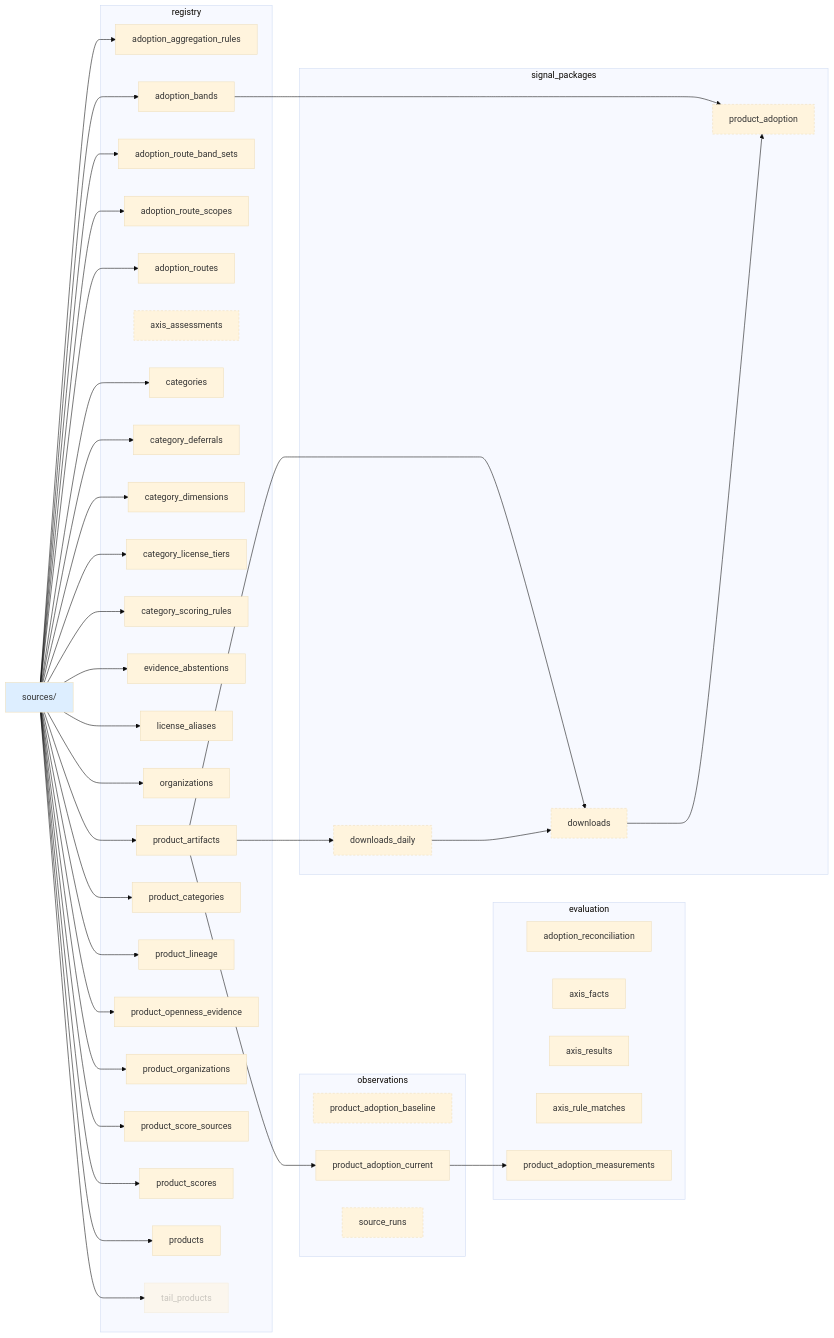
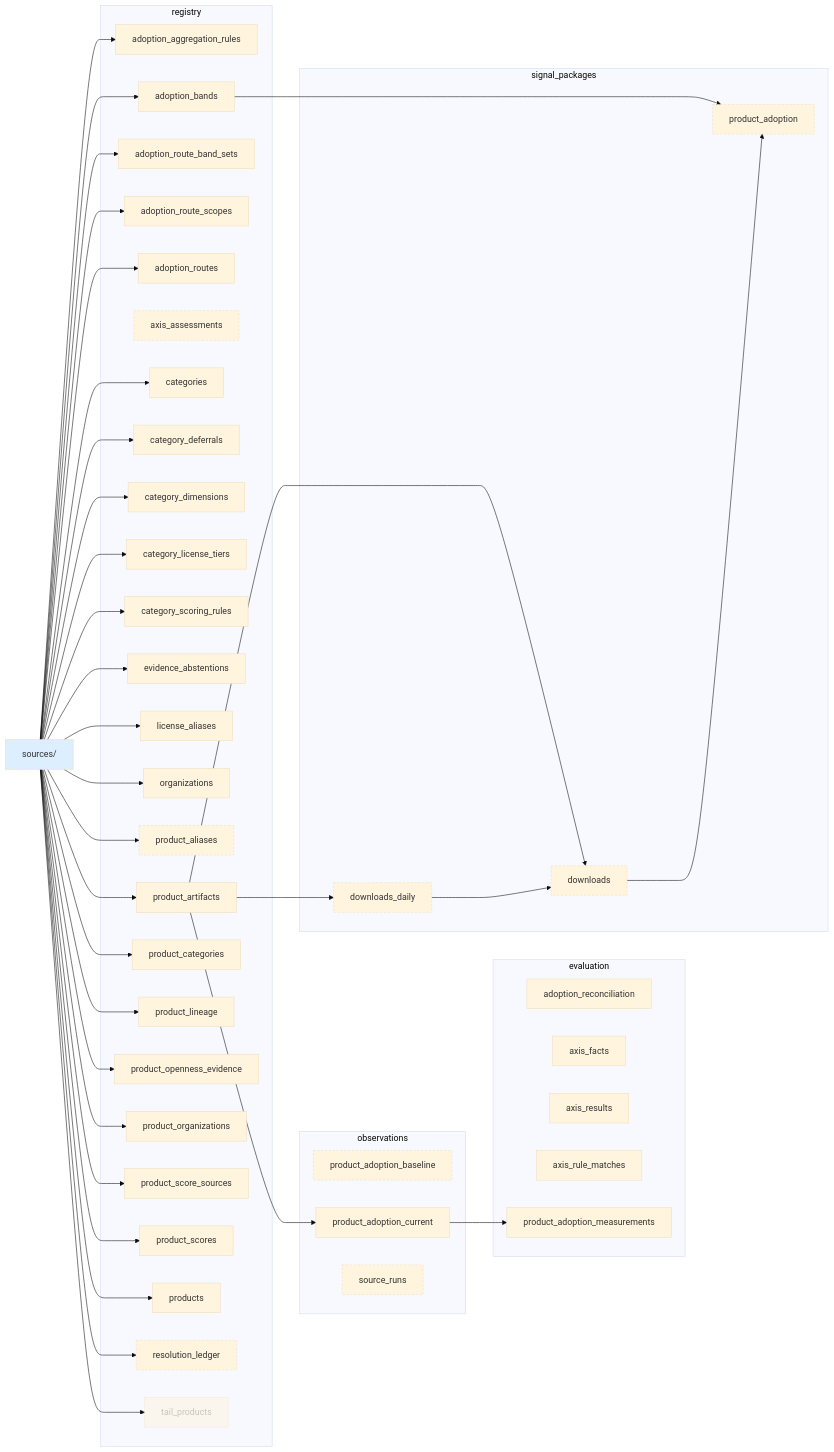
The first of 3 diagrams in docs/architecture/current-state-dag.md (currentai-org/os-ai-map), drawn with Mermaid (base theme) before and after one commit. The commit also changed other lines of this file and 5 other files, not shown here.

Commit message:
feat(registry): publish the resolution ledger and product aliases as tables (#473)

```diff
--- a/docs/architecture/current-state-dag.md
+++ b/docs/architecture/current-state-dag.md
@@ -59,6 +59,7 @@
     registry__evidence_abstentions[evidence_abstentions]
     registry__license_aliases[license_aliases]
     registry__organizations[organizations]
+    registry__product_aliases[product_aliases]
     registry__product_artifacts[product_artifacts]
     registry__product_categories[product_categories]
     registry__product_lineage[product_lineage]
@@ -67,6 +68,7 @@
     registry__product_score_sources[product_score_sources]
     registry__product_scores[product_scores]
     registry__products[products]
+    registry__resolution_ledger[resolution_ledger]
     registry__tail_products[tail_products]
   end
   subgraph signal_packages
@@ -87,6 +89,7 @@
   SRC --> registry__evidence_abstentions
   SRC --> registry__license_aliases
   SRC --> registry__organizations
+  SRC --> registry__product_aliases
   SRC --> registry__product_artifacts
   SRC --> registry__product_categories
   SRC --> registry__product_lineage
@@ -95,6 +98,7 @@
   SRC --> registry__product_score_sources
   SRC --> registry__product_scores
   SRC --> registry__products
+  SRC --> registry__resolution_ledger
   SRC --> registry__tail_products
   observations__product_adoption_current --> evaluation__product_adoption_measurements
   registry__adoption_bands --> signal_packages__product_adoption
@@ -106,6 +110,8 @@
   class observations__product_adoption_baseline staged;
   class observations__source_runs staged;
   class registry__axis_assessments staged;
+  class registry__product_aliases staged;
+  class registry__resolution_ledger staged;
   class registry__tail_products dormant;
   class signal_packages__downloads staged;
   class signal_packages__downloads_daily staged;
```
